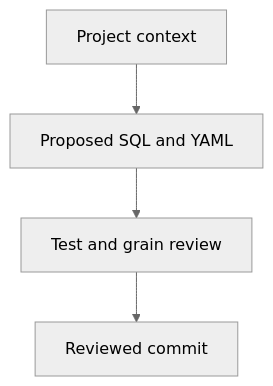
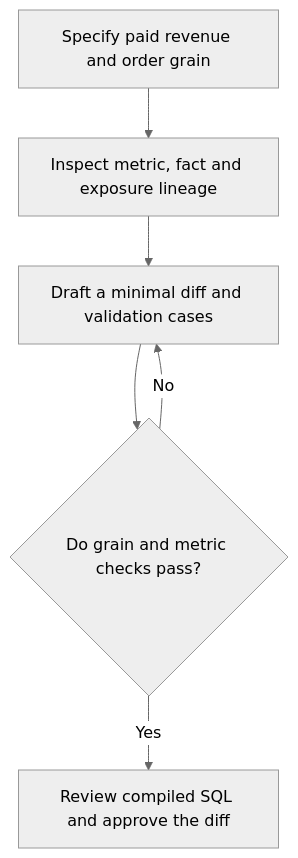
The diagram in docs/lessons/0036-dbt-copilot-wizard-and-reviewed-ai-changes.md (Rohit1024/dbt-learn), drawn with Mermaid (neutral theme) before and after one commit. The commit also changed other lines of this file and 4 other files, not shown here.

````diff
--- a/docs/lessons/0036-dbt-copilot-wizard-and-reviewed-ai-changes.md
+++ b/docs/lessons/0036-dbt-copilot-wizard-and-reviewed-ai-changes.md
@@ -7,8 +7,8 @@
 ```mermaid
 flowchart TD
-    A["Project context"]
-    B["Proposed SQL and YAML"]
-    C["Test and grain review"]
-    D["Reviewed commit"]
-    A --> B --> C --> D
+    A["Specify paid revenue and order grain"] --> B["Inspect metric, fact and exposure lineage"]
+    B --> C["Draft a minimal diff and validation cases"]
+    C --> D{"Do grain and metric checks pass?"}
+    D -->|No| C
+    D -->|Yes| E["Review compiled SQL and approve the diff"]
 ```
````
